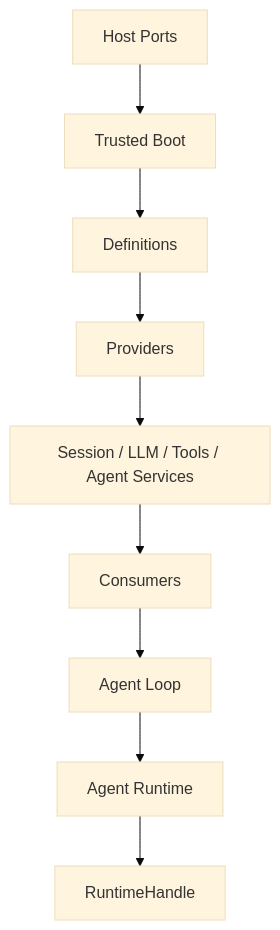
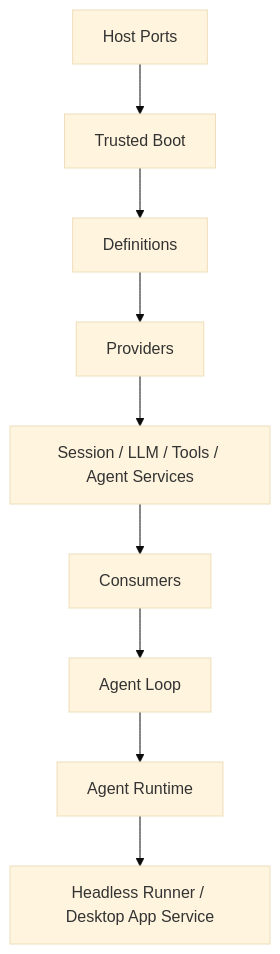
The diagram in docs/design-docs/agent-plugin-runtime/agent-spec-service-definition-provider-consumer.md (WakeUp-Jin/actspace-agent), drawn with Mermaid (base theme) before and after one commit. The commit also changed other lines of this file and 489 other files, not shown here.

````diff
--- a/docs/design-docs/agent-plugin-runtime/agent-spec-service-definition-provider-consumer.md
+++ b/docs/design-docs/agent-plugin-runtime/agent-spec-service-definition-provider-consumer.md
@@ -139,11 +137,11 @@
 ```mermaid
 flowchart TD
   HOST[Host Ports] --> BOOT[Trusted Boot]
   BOOT --> DEF[Definitions]
   DEF --> PROV[Providers]
   PROV --> CORE[Session / LLM / Tools / Agent Services]
   CORE --> CONS[Consumers]
   CONS --> LOOP[Agent Loop]
   LOOP --> RUNTIME[Agent Runtime]
-  RUNTIME --> FACADE[RuntimeHandle]
+  RUNTIME --> APP[Headless Runner / Desktop App Service]
 ```
````
